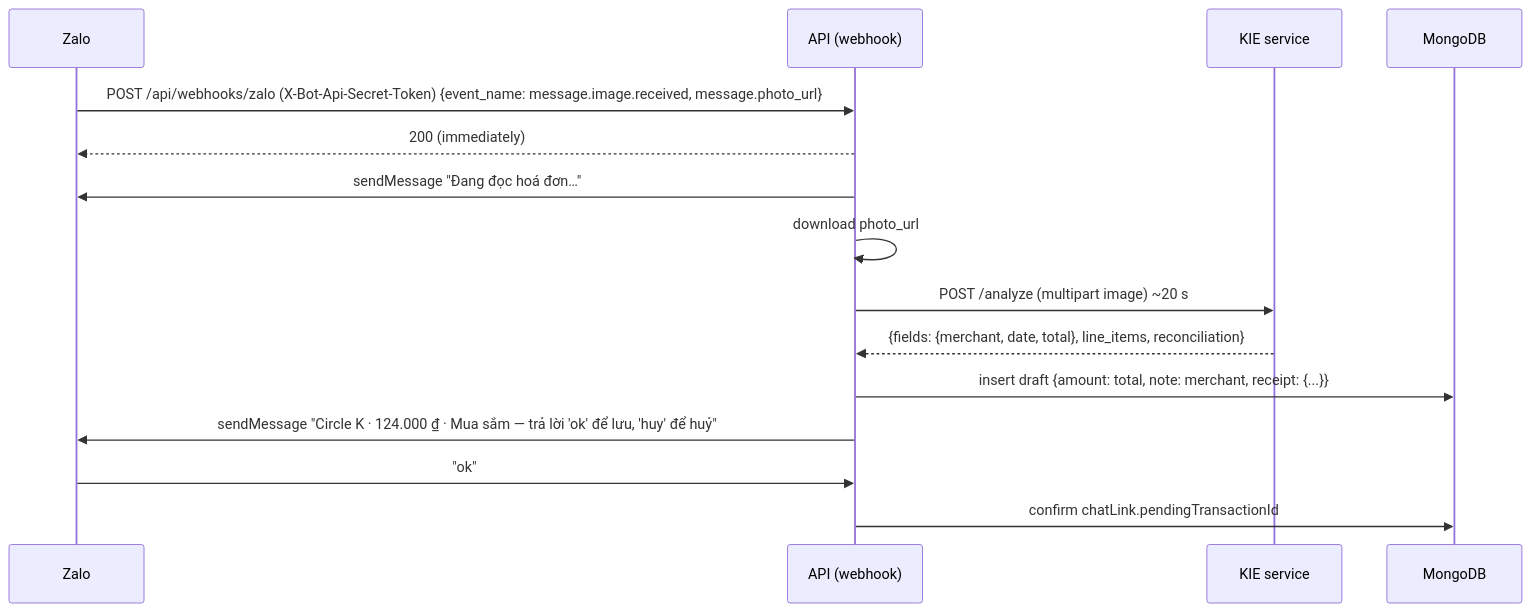
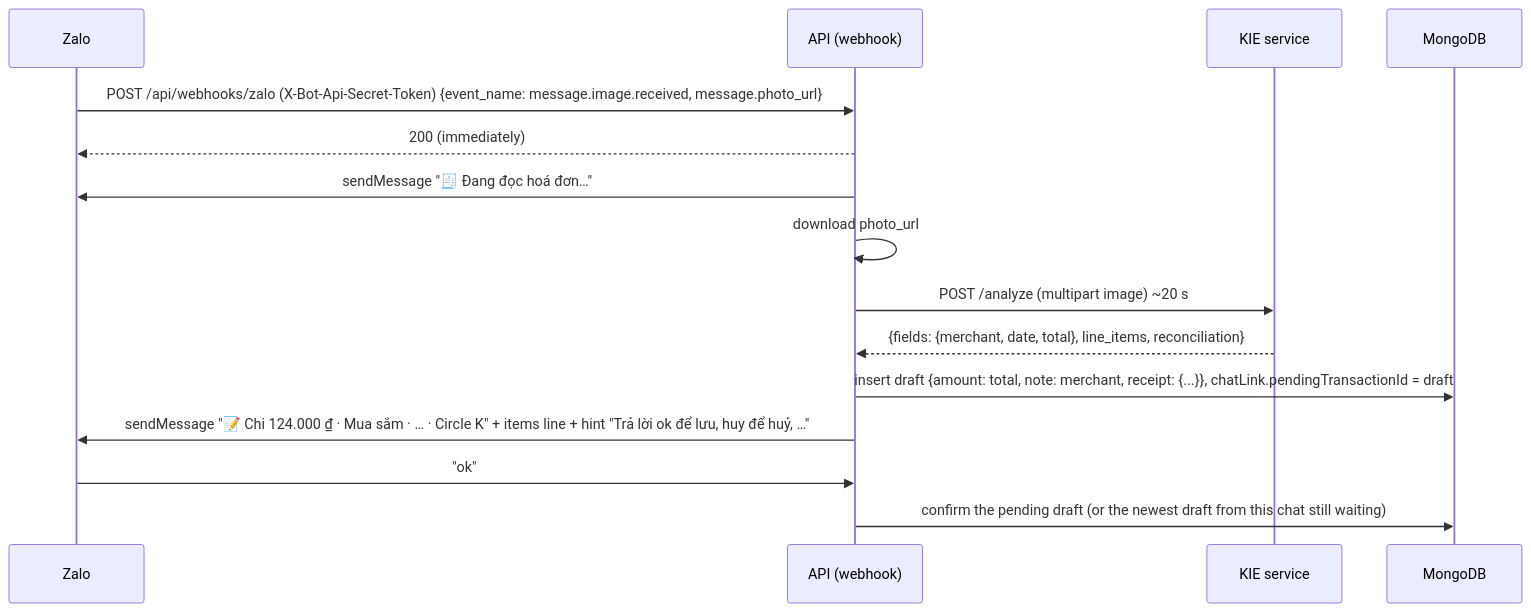
Before and after one commit to dangnguyenducanh/Zalo-Tele-intergrated-financial-apps: the fourth of 4 diagrams in docs/01-architecture.md, drawn with Mermaid. The commit also changed other lines of this file and 7 other files, not shown here.

````diff
--- a/docs/01-architecture.md
+++ b/docs/01-architecture.md
@@ -99,17 +105,17 @@
 ```mermaid
 sequenceDiagram
     participant Z as Zalo
     participant A as API (webhook)
     participant K as KIE service
     participant D as MongoDB
     Z->>A: POST /api/webhooks/zalo (X-Bot-Api-Secret-Token) {event_name: message.image.received, message.photo_url}
     A-->>Z: 200 (immediately)
-    A->>Z: sendMessage "Đang đọc hoá đơn…"
+    A->>Z: sendMessage "🧾 Đang đọc hoá đơn…"
     A->>A: download photo_url
     A->>K: POST /analyze (multipart image) ~20 s
     K-->>A: {fields: {merchant, date, total}, line_items, reconciliation}
-    A->>D: insert draft {amount: total, note: merchant, receipt: {...}}
-    A->>Z: sendMessage "Circle K · 124.000 ₫ · Mua sắm — trả lời 'ok' để lưu, 'huy' để huỷ"
+    A->>D: insert draft {amount: total, note: merchant, receipt: {...}}, chatLink.pendingTransactionId = draft
+    A->>Z: sendMessage "📝 Chi 124.000 ₫ · Mua sắm · … · Circle K" + items line + hint "Trả lời ok để lưu, huy để huỷ, …"
     Z->>A: "ok"
-    A->>D: confirm chatLink.pendingTransactionId
+    A->>D: confirm the pending draft (or the newest draft from this chat still waiting)
 ```
````
